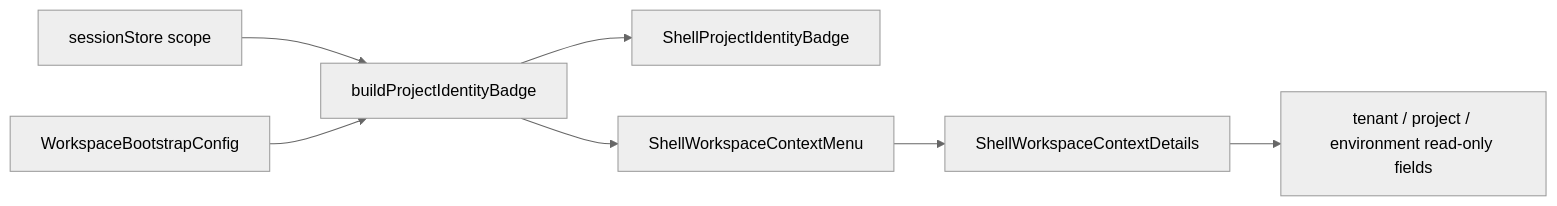
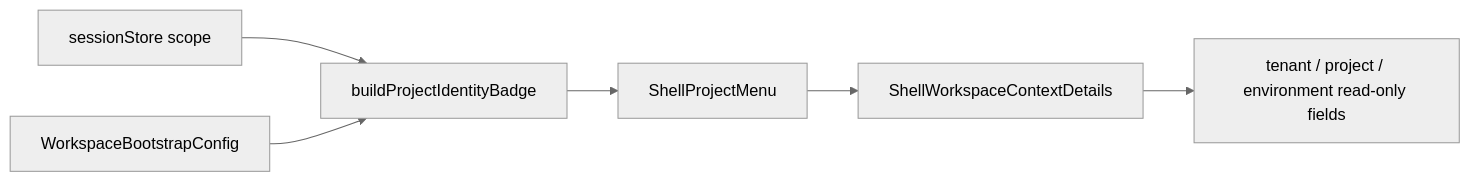
Before and after one commit to dunay2/dvt: diagram 17 of 34 in docs/architecture/components/web/appshell/app-shell.md, drawn with Mermaid (neutral theme). The commit also changed other lines of this file and 58 other files, not shown here.

````diff
--- a/docs/architecture/components/web/appshell/app-shell.md
+++ b/docs/architecture/components/web/appshell/app-shell.md
@@ -581,9 +578,8 @@
 ```mermaid
 flowchart LR
   Store["sessionStore scope"] --> Model["buildProjectIdentityBadge"]
   Config["WorkspaceBootstrapConfig"] --> Model
-  Model --> Badge["ShellProjectIdentityBadge"]
-  Model --> Menu["ShellWorkspaceContextMenu"]
+  Model --> Menu["ShellProjectMenu"]
   Menu --> Details["ShellWorkspaceContextDetails"]
   Details --> Context["tenant / project / environment read-only fields"]
 ```
````
